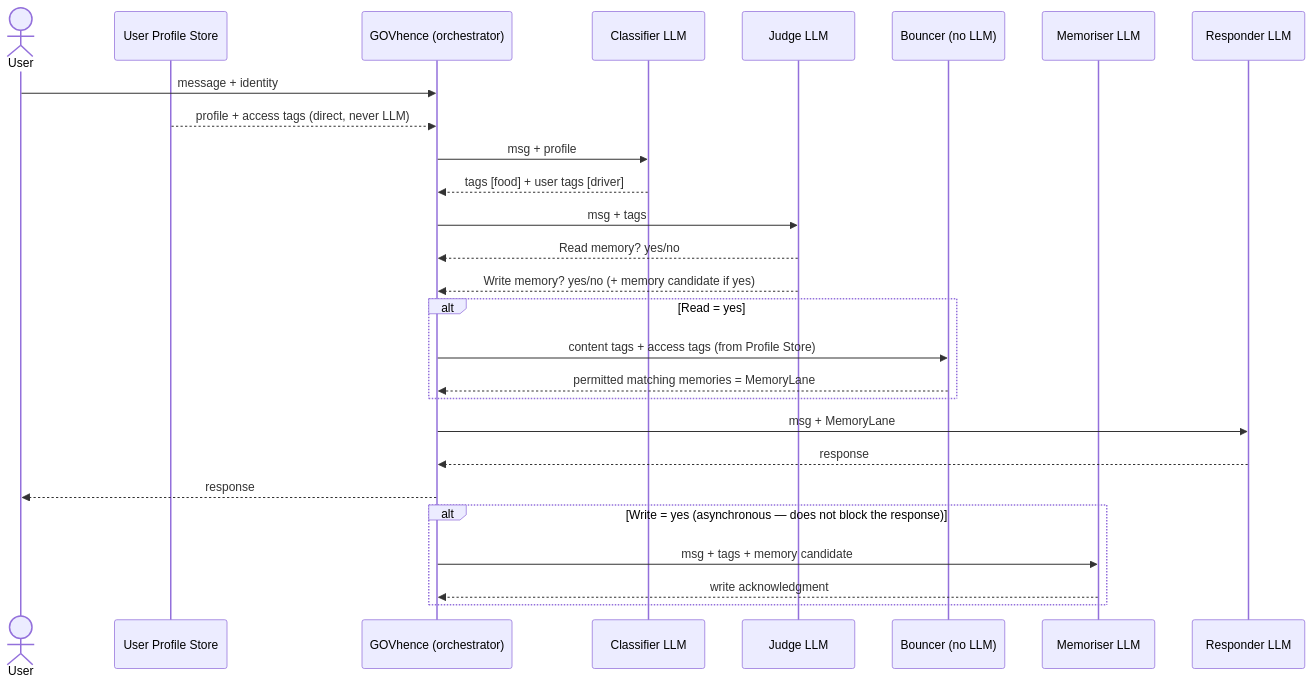
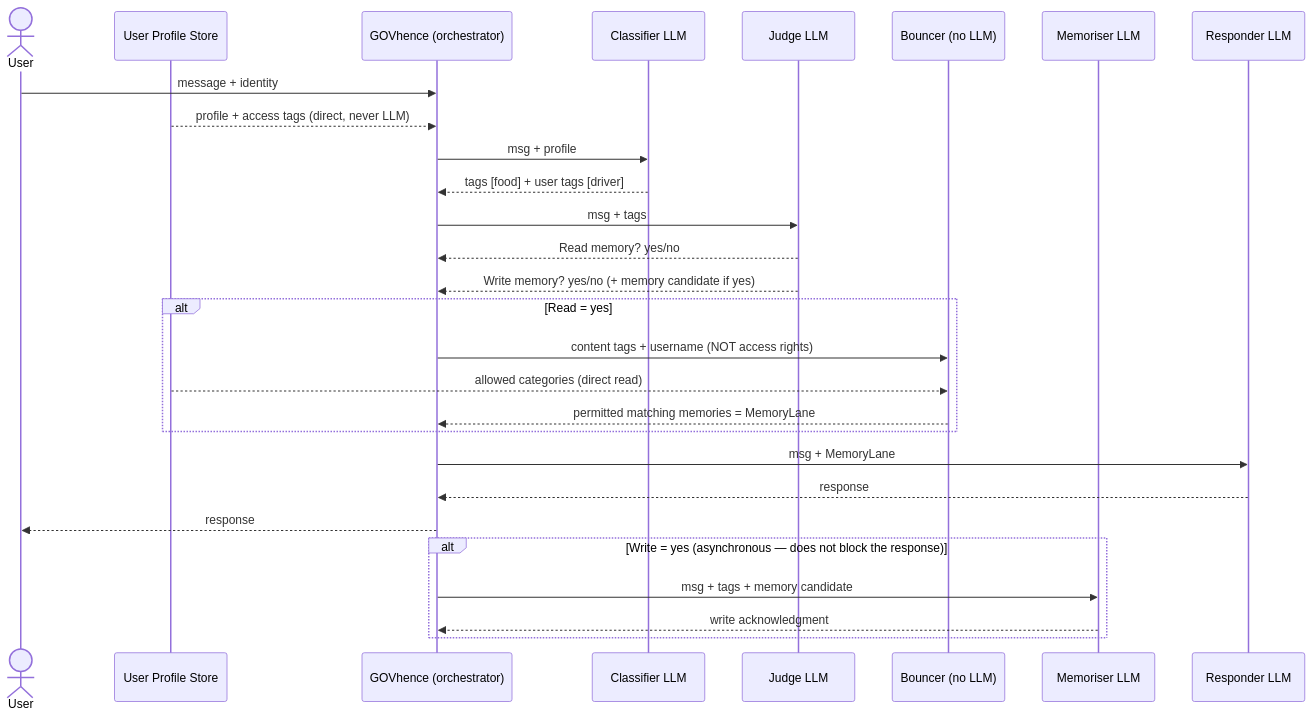
One commit to alexisdacquay/imperial-hackathon-2026-GOVhence changed the first of 2 diagrams in UK-AI-Agent-EP5/submissions/team-one/PRD-2026-07-01.md. Above: the diagram before and after it, drawn with Mermaid. The commit also changed other lines of this file and 7 other files, not shown here.

First line of the commit message:
Skeleton: Bouncer reads access directly from users.json (LLM out of access path)

````diff
--- a/UK-AI-Agent-EP5/submissions/team-one/PRD-2026-07-01.md
+++ b/UK-AI-Agent-EP5/submissions/team-one/PRD-2026-07-01.md
@@ -93,35 +95,36 @@
 ```mermaid
 sequenceDiagram
     actor User
     participant Profile as User Profile Store
     participant GOV as GOVhence (orchestrator)
     participant Classifier as Classifier LLM
     participant Judge as Judge LLM
     participant Bouncer as Bouncer (no LLM)
     participant Memoriser as Memoriser LLM
     participant Responder as Responder LLM
 
     User->>GOV: message + identity
     Profile-->>GOV: profile + access tags (direct, never LLM)
 
     GOV->>Classifier: msg + profile
     Classifier-->>GOV: tags [food] + user tags [driver]
 
     GOV->>Judge: msg + tags
     Judge-->>GOV: Read memory? yes/no
     Judge-->>GOV: Write memory? yes/no (+ memory candidate if yes)
 
     alt Read = yes
-        GOV->>Bouncer: content tags + access tags (from Profile Store)
+        GOV->>Bouncer: content tags + username (NOT access rights)
+        Profile-->>Bouncer: allowed categories (direct read)
         Bouncer-->>GOV: permitted matching memories = MemoryLane
     end
 
     GOV->>Responder: msg + MemoryLane
     Responder-->>GOV: response
     GOV-->>User: response
 
     alt Write = yes (asynchronous — does not block the response)
         GOV->>Memoriser: msg + tags + memory candidate
         Memoriser-->>GOV: write acknowledgment
     end
 ```
````
